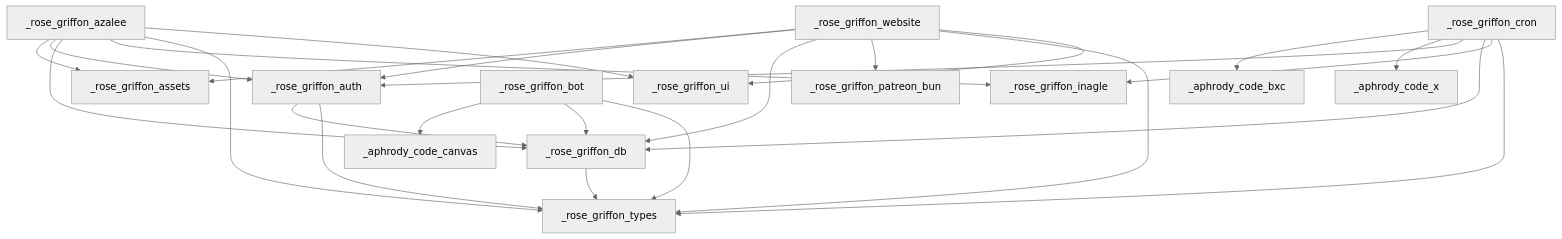
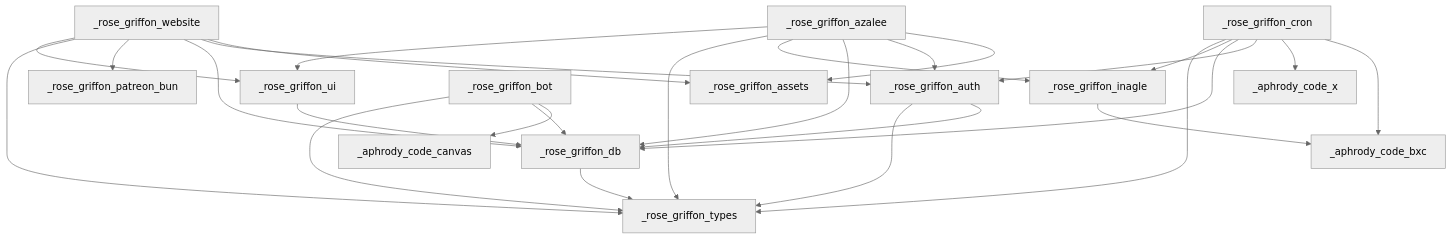
One commit to aphrody-labs/rosegriffon changed the diagram in docs/rg/REPO_MAP.md. Above: the diagram before and after it, drawn with Mermaid (neutral theme). The commit also changed other lines of this file and 3 other files, not shown here.

````diff
--- a/docs/rg/REPO_MAP.md
+++ b/docs/rg/REPO_MAP.md
@@ -267,27 +269,29 @@
 ```mermaid
 graph TD
     _rose_griffon_azalee --> _rose_griffon_assets
     _rose_griffon_azalee --> _rose_griffon_auth
     _rose_griffon_azalee --> _rose_griffon_db
     _rose_griffon_azalee --> _rose_griffon_inagle
     _rose_griffon_azalee --> _rose_griffon_types
     _rose_griffon_azalee --> _rose_griffon_ui
     _rose_griffon_bot --> _aphrody_code_canvas
     _rose_griffon_bot --> _rose_griffon_db
     _rose_griffon_bot --> _rose_griffon_types
     _rose_griffon_website --> _rose_griffon_assets
     _rose_griffon_website --> _rose_griffon_auth
     _rose_griffon_website --> _rose_griffon_db
     _rose_griffon_website --> _rose_griffon_patreon_bun
     _rose_griffon_website --> _rose_griffon_types
     _rose_griffon_website --> _rose_griffon_ui
     _rose_griffon_auth --> _rose_griffon_db
     _rose_griffon_auth --> _rose_griffon_types
     _rose_griffon_cron --> _aphrody_code_bxc
     _rose_griffon_cron --> _aphrody_code_x
     _rose_griffon_cron --> _rose_griffon_auth
     _rose_griffon_cron --> _rose_griffon_db
     _rose_griffon_cron --> _rose_griffon_inagle
     _rose_griffon_cron --> _rose_griffon_types
     _rose_griffon_db --> _rose_griffon_types
+    _rose_griffon_inagle --> _aphrody_code_bxc
+    _rose_griffon_ui --> _rose_griffon_db
 ```
````
